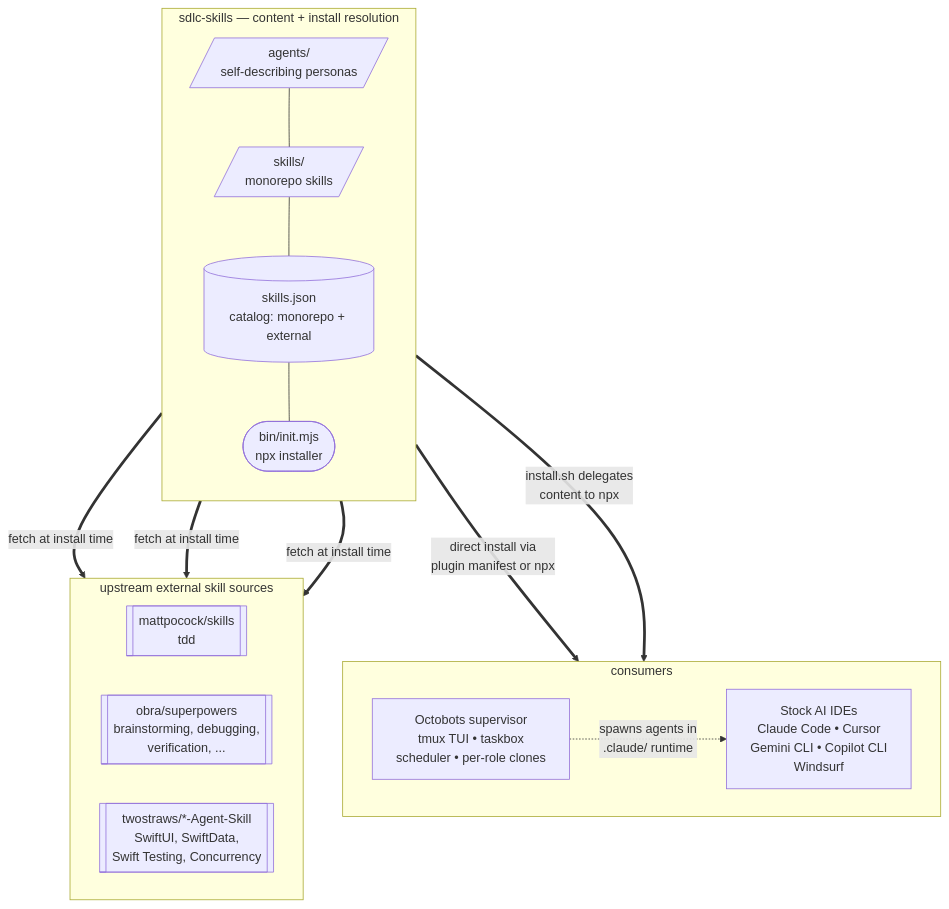
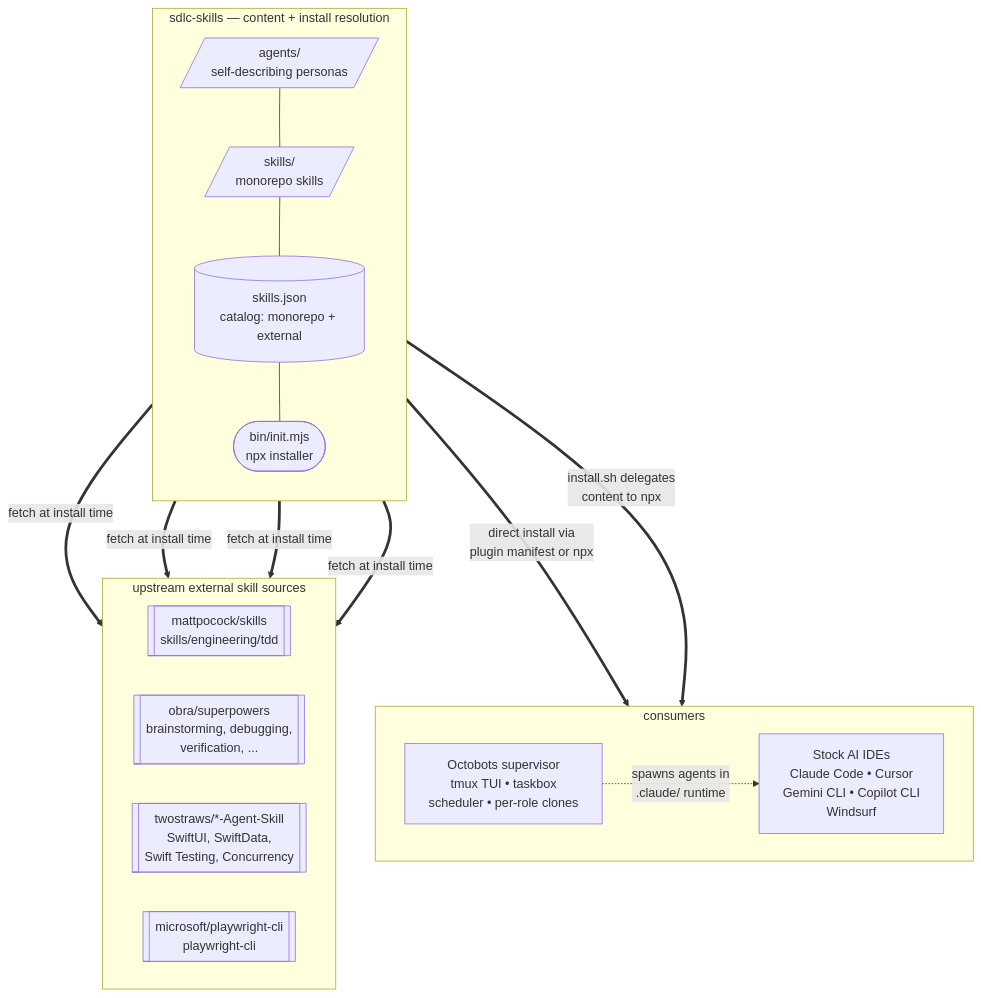
One commit to arozumenko/sdlc-skills changed the diagram in README.md. Above: the diagram before and after it, drawn with Mermaid. The commit also changed other lines of this file and 4 other files, not shown here.

First line of the commit message:
installer + catalog: init.mjs enhancements, skills.json fixes, doc updates

````diff
--- a/README.md
+++ b/README.md
@@ -21,34 +21,36 @@
 ```mermaid
 flowchart TB
     subgraph sdlc["sdlc-skills — content + install resolution"]
         direction TB
         agents[/"agents/<br/>self-describing personas"/]
         skills[/"skills/<br/>monorepo skills"/]
         registry[("skills.json<br/>catalog: monorepo + external")]
         installer(["bin/init.mjs<br/>npx installer"])
         agents --- skills
         skills --- registry
         registry --- installer
     end
 
     subgraph consumers["consumers"]
         direction LR
         ides["Stock AI IDEs<br/>Claude Code • Cursor<br/>Gemini CLI • Copilot CLI<br/>Windsurf"]
         octobots["Octobots supervisor<br/>tmux TUI • taskbox<br/>scheduler • per-role clones"]
     end
 
     subgraph externals["upstream external skill sources"]
         direction LR
-        ext_matt[["mattpocock/skills<br/>tdd"]]
+        ext_matt[["mattpocock/skills<br/>skills/engineering/tdd"]]
         ext_obra[["obra/superpowers<br/>brainstorming, debugging,<br/>verification, ..."]]
         ext_tws[["twostraws/*-Agent-Skill<br/>SwiftUI, SwiftData,<br/>Swift Testing, Concurrency"]]
+        ext_msft[["microsoft/playwright-cli<br/>playwright-cli"]]
     end
 
     installer ==>|fetch at install time| ext_matt
     installer ==>|fetch at install time| ext_obra
     installer ==>|fetch at install time| ext_tws
+    installer ==>|fetch at install time| ext_msft
 
     sdlc ==>|direct install via<br/>plugin manifest or npx| ides
     sdlc ==>|install.sh delegates<br/>content to npx| octobots
     octobots -.->|spawns agents in<br/>.claude/ runtime| ides
 ```
````
